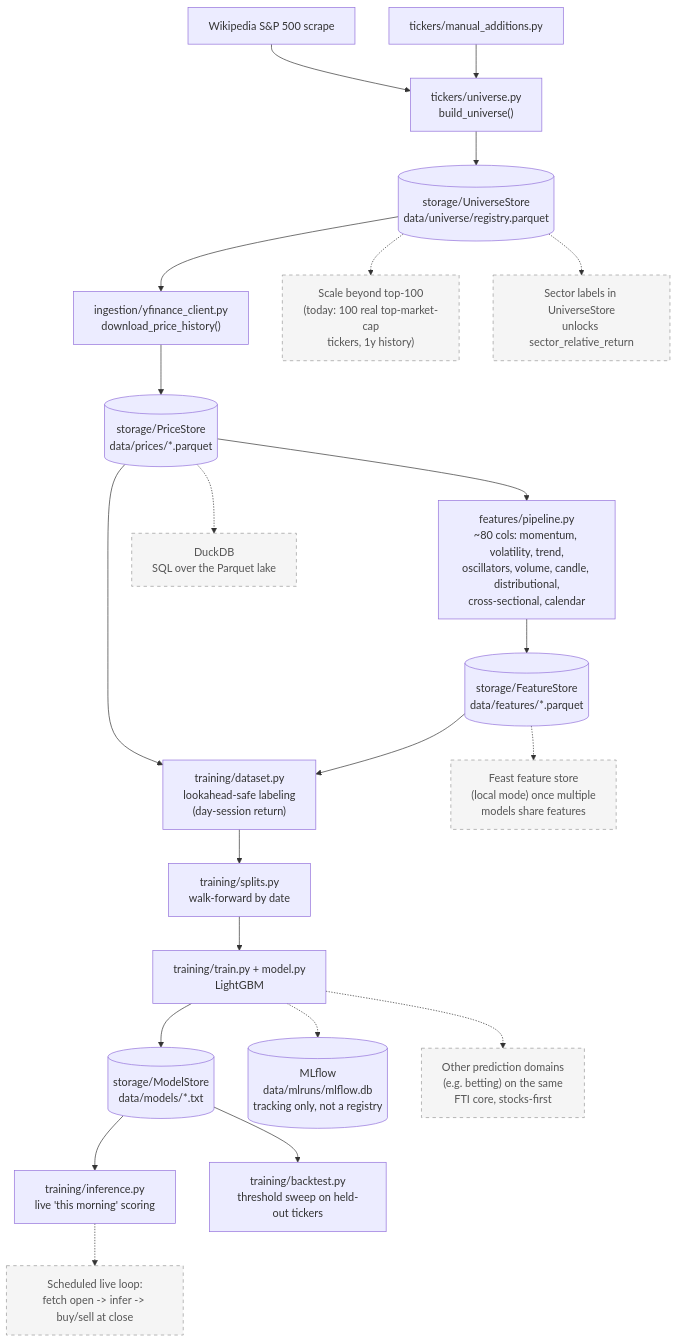
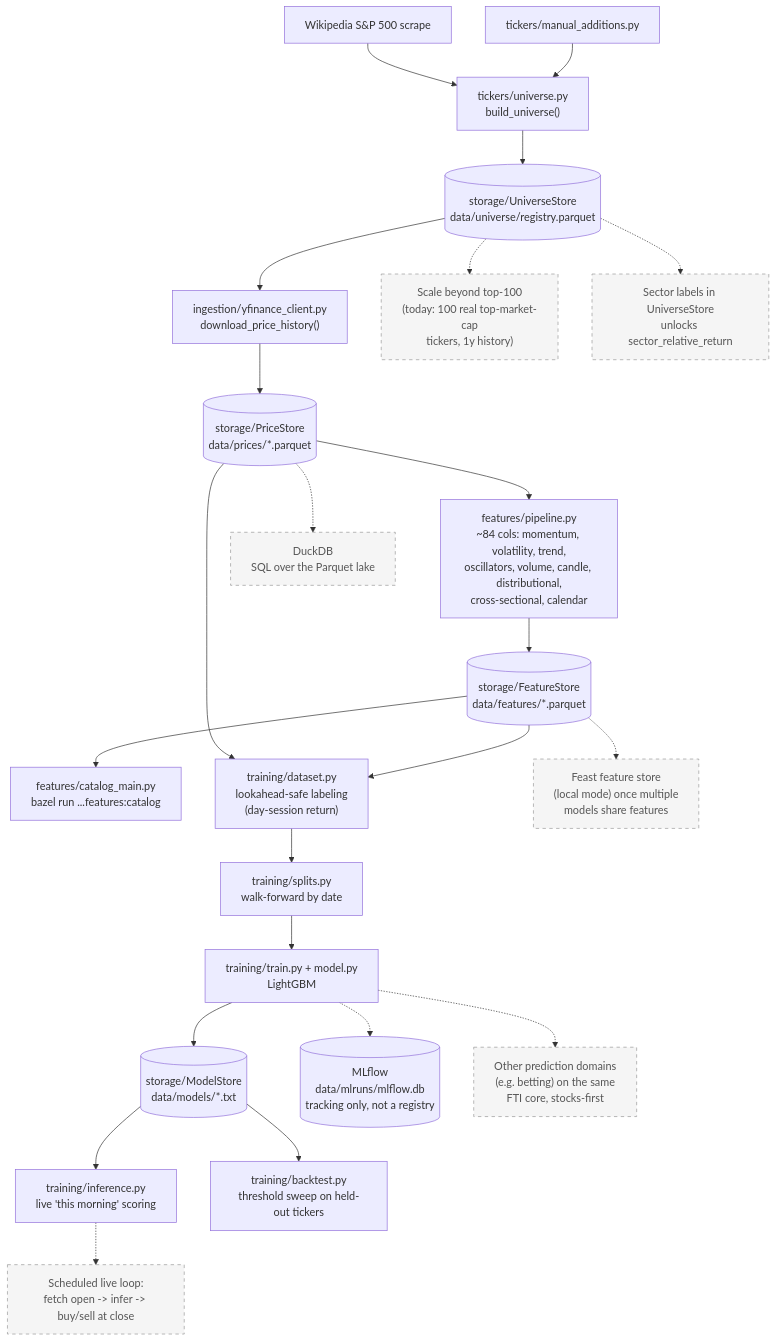
Before and after one commit to fartzy/stock-picker: the diagram in README.md, drawn with Mermaid. The commit also changed other lines of this file and 9 other files, not shown here.

First line of the commit message:
Add notebook-derived features and a feature catalog viewer

````diff
--- a/README.md
+++ b/README.md
@@ -11,53 +11,55 @@
 ```mermaid
 flowchart TB
     WIKI["Wikipedia S&amp;P 500 scrape"]
     MANUAL["tickers/manual_additions.py"]
     BUILDUNIV["tickers/universe.py<br/>build_universe()"]
     YF["ingestion/yfinance_client.py<br/>download_price_history()"]
 
     US[("storage/UniverseStore<br/>data/universe/registry.parquet")]
     PS[("storage/PriceStore<br/>data/prices/*.parquet")]
     FS[("storage/FeatureStore<br/>data/features/*.parquet")]
     MS[("storage/ModelStore<br/>data/models/*.txt")]
 
-    FEATPIPE["features/pipeline.py<br/>~80 cols: momentum, volatility, trend,<br/>oscillators, volume, candle, distributional,<br/>cross-sectional, calendar"]
+    FEATPIPE["features/pipeline.py<br/>~84 cols: momentum, volatility, trend,<br/>oscillators, volume, candle, distributional,<br/>cross-sectional, calendar"]
+    CATALOG["features/catalog_main.py<br/>bazel run ...features:catalog"]
 
     DATASET["training/dataset.py<br/>lookahead-safe labeling<br/>(day-session return)"]
     SPLITS["training/splits.py<br/>walk-forward by date"]
     TRAIN["training/train.py + model.py<br/>LightGBM"]
     INFER["training/inference.py<br/>live 'this morning' scoring"]
     BACKTEST["training/backtest.py<br/>threshold sweep on held-out tickers"]
     MLFLOW[("MLflow<br/>data/mlruns/mlflow.db<br/>tracking only, not a registry")]
 
     WIKI --> BUILDUNIV
     MANUAL --> BUILDUNIV
     BUILDUNIV --> US
     US --> YF
     YF --> PS
     PS --> FEATPIPE
     FEATPIPE --> FS
     PS --> DATASET
     FS --> DATASET
     DATASET --> SPLITS --> TRAIN
     TRAIN --> MS
     TRAIN -.-> MLFLOW
     MS --> INFER
     MS --> BACKTEST
+    FS --> CATALOG
 
     TOP500["Scale beyond top-100<br/>(today: 100 real top-market-cap<br/>tickers, 1y history)"]
     SECTOR["Sector labels in UniverseStore<br/>unlocks sector_relative_return"]
     FEAST["Feast feature store<br/>(local mode) once multiple<br/>models share features"]
     DUCKDB["DuckDB<br/>SQL over the Parquet lake"]
     LIVE["Scheduled live loop:<br/>fetch open -> infer -> buy/sell at close"]
     MULTI["Other prediction domains<br/>(e.g. betting) on the same<br/>FTI core, stocks-first"]
 
     US -.-> TOP500
     US -.-> SECTOR
     FS -.-> FEAST
     PS -.-> DUCKDB
     INFER -.-> LIVE
     TRAIN -.-> MULTI
 
     classDef planned stroke-dasharray: 5 5,fill:#f5f5f5,stroke:#999,color:#555;
     class TOP500,SECTOR,FEAST,DUCKDB,LIVE,MULTI planned;
 ```
````
